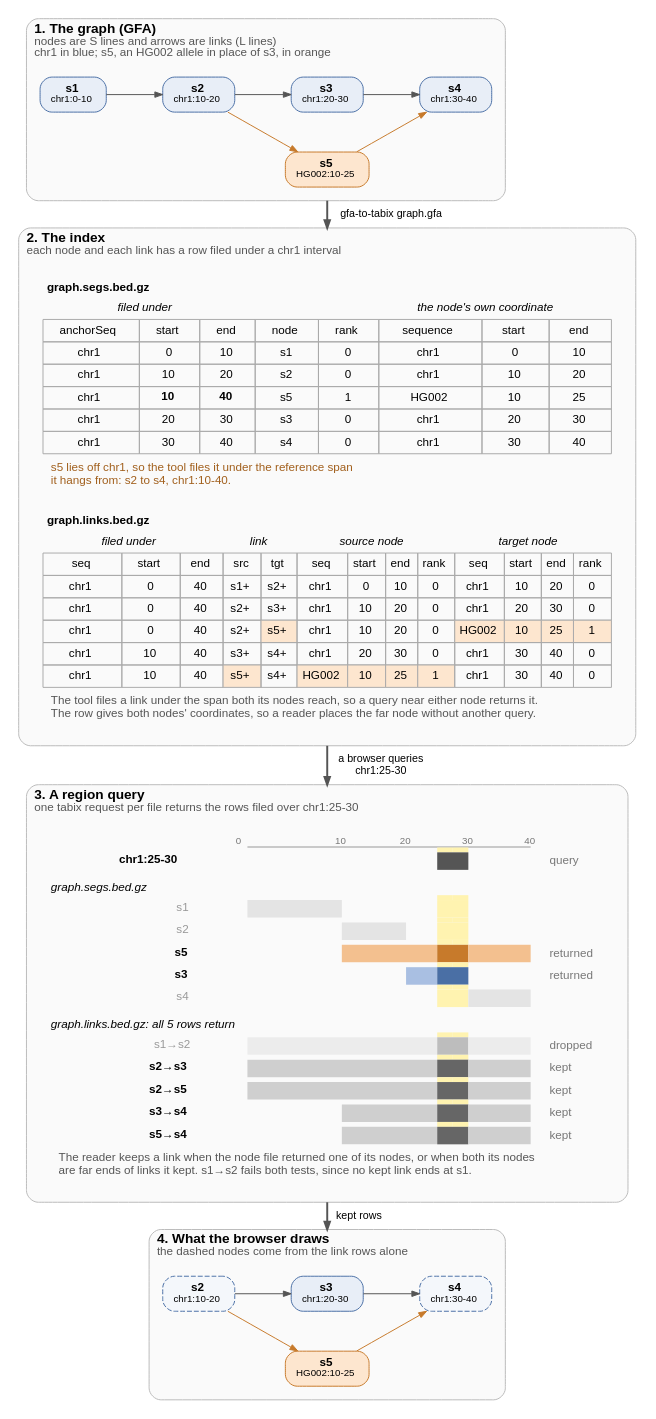
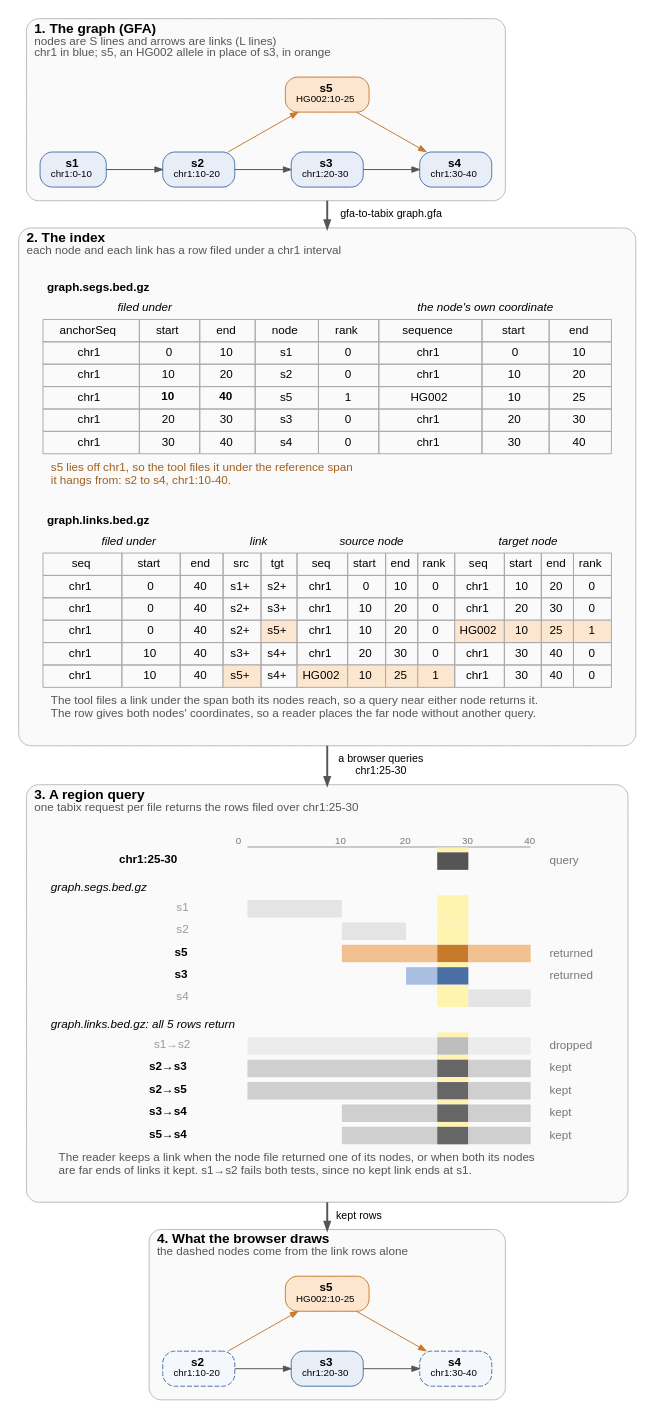
Before and after one commit to GMOD/gfa-to-tabix: the diagram in docs/figures/overview.dot, drawn with Graphviz. The commit also changed 4 other files, not shown here.

First line of the commit message:
Walks figure: draw the graph from walks.gfa, drop the repeated paths

```diff
--- a/docs/figures/overview.dot
+++ b/docs/figures/overview.dot
@@ -23,10 +23,10 @@
       {rank=same; s1; s2; s3; s4}
       s1 -> s2 [weight=20]
       s2 -> s3 [weight=20]
-      s2 -> s5 [color="#c77a2b", weight=0]
+      s2 -> s5 [color="#c77a2b", constraint=false]
       s3 -> s4 [weight=20]
-      s5 -> s4 [color="#c77a2b", weight=0]
-      s3 -> s5 [style=invis, weight=20]
+      s5 -> s4 [color="#c77a2b", constraint=false]
+      s5 -> s3 [style=invis, weight=20]
       // end graph
     }
 
@@ -112,17 +112,17 @@
       d_s5 [label=<<B>s5</B><BR/><FONT POINT-SIZE="10">HG002:10-25</FONT>>, fillcolor="#fde6cf", color="#c77a2b"]
       {rank=same; d_s2; d_s3; d_s4}
       d_s2 -> d_s3 [weight=20]
-      d_s2 -> d_s5 [color="#c77a2b", weight=0]
+      d_s2 -> d_s5 [color="#c77a2b", constraint=false]
       d_s3 -> d_s4 [weight=20]
-      d_s5 -> d_s4 [color="#c77a2b", weight=0]
-      d_s3 -> d_s5 [style=invis, weight=20]
+      d_s5 -> d_s4 [color="#c77a2b", constraint=false]
+      d_s5 -> d_s3 [style=invis, weight=20]
       // end drawn
     }
   }
 
   // begin arrows
-  s5 -> rows [ltail=cluster_graph, lhead=cluster_files, label="  gfa-to-tabix graph.gfa", penwidth=2]
+  s3 -> rows [ltail=cluster_graph, lhead=cluster_files, label="  gfa-to-tabix graph.gfa", penwidth=2]
   rows -> hits [ltail=cluster_files, lhead=cluster_query, label="  a browser queries\n  chr1:25-30", penwidth=2]
-  hits -> d_s3 [ltail=cluster_query, lhead=cluster_drawn, label="  kept rows", penwidth=2]
+  hits -> d_s5 [ltail=cluster_query, lhead=cluster_drawn, label="  kept rows", penwidth=2]
   // end arrows
 }
```
